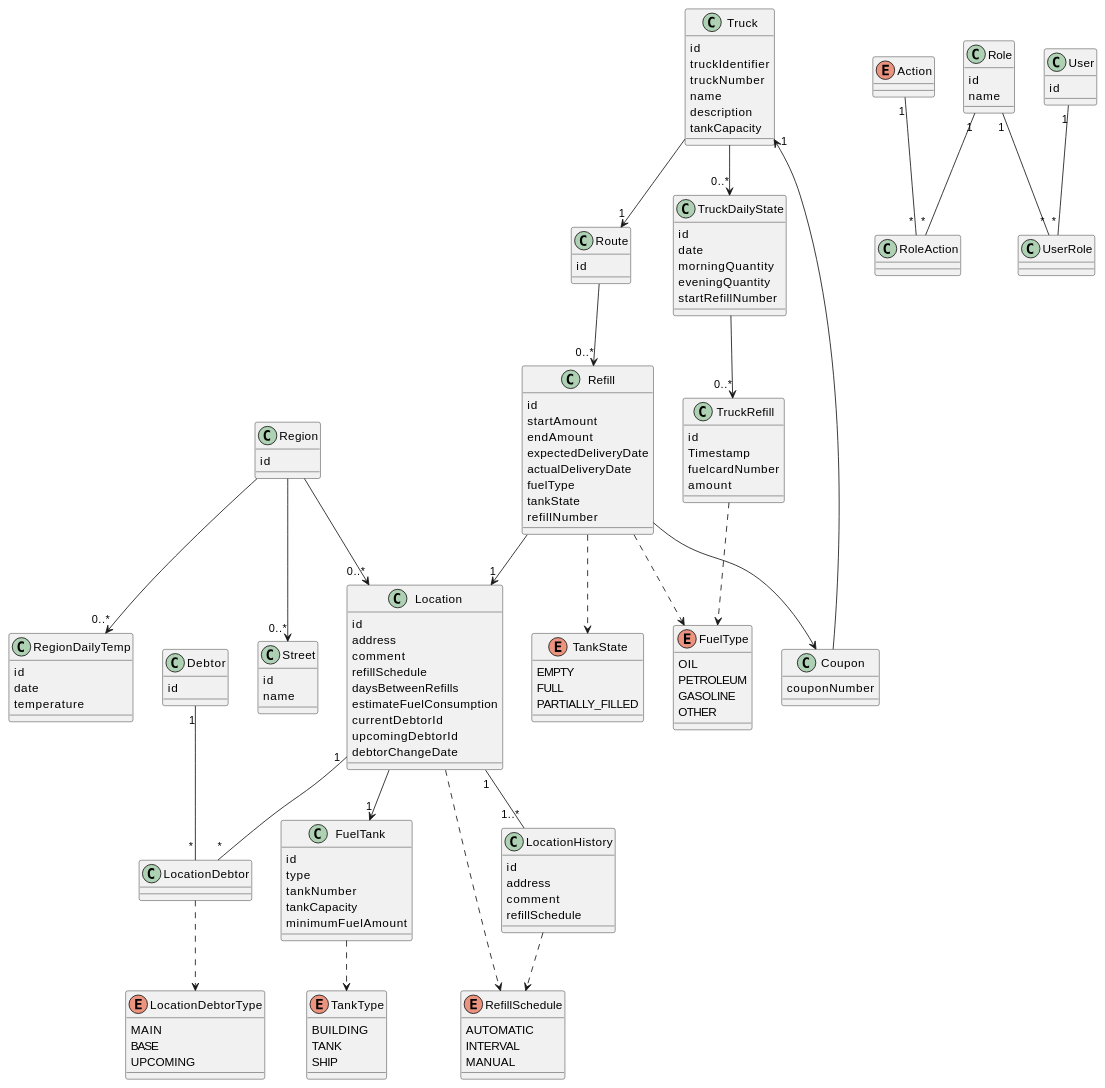
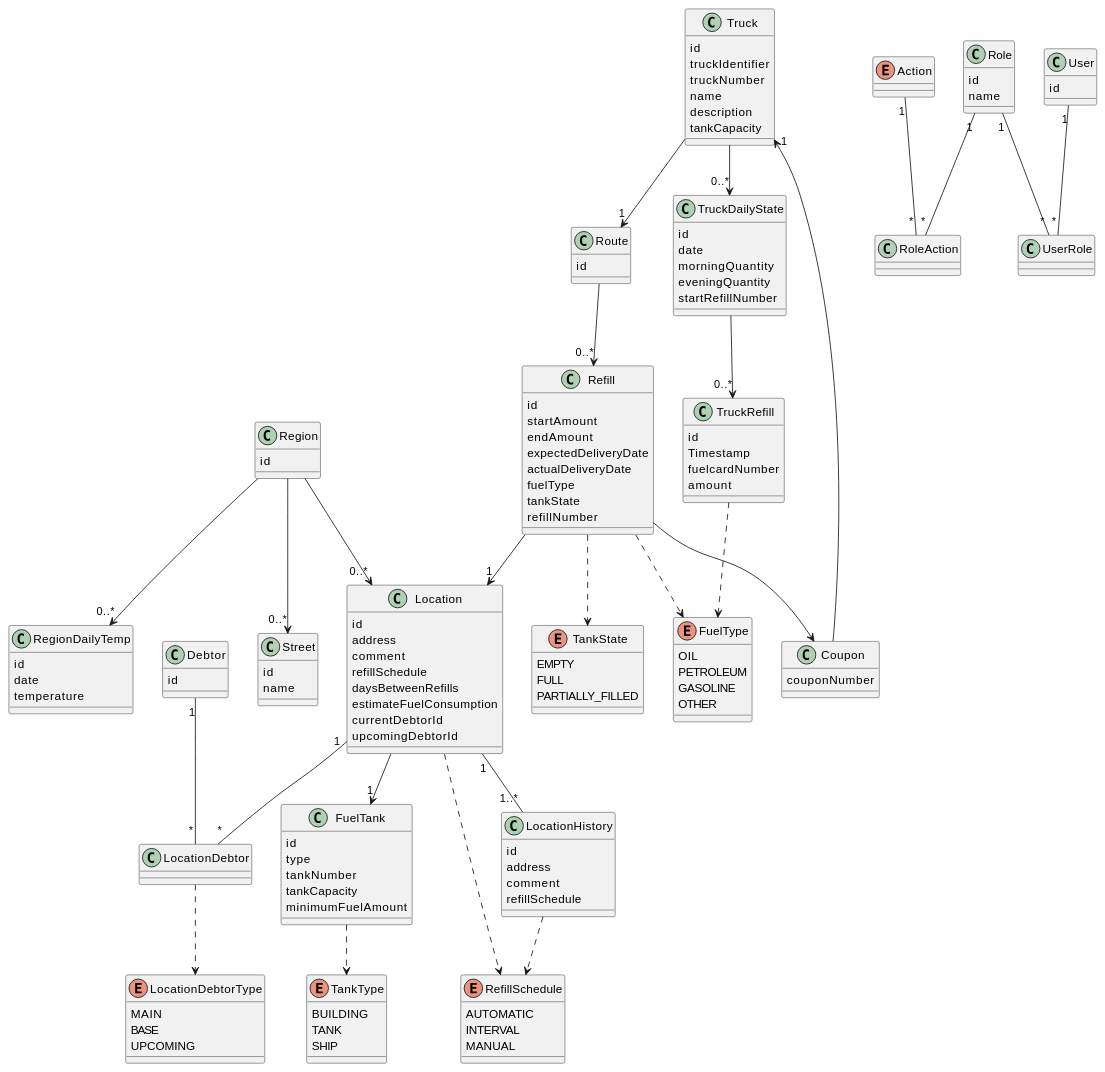
The diagram in docs/entity-datamodel.md (IT-Minds/client_comby_oilcontrols), drawn with PlantUML before and after one commit. The commit also changed 3 other files, not shown here.

```diff
--- a/docs/entity-datamodel.md
+++ b/docs/entity-datamodel.md
@@ -28,7 +28,6 @@
   estimateFuelConsumption
   currentDebtorId
   upcomingDebtorId
-  debtorChangeDate
 }
 
 class LocationHistory {
```
